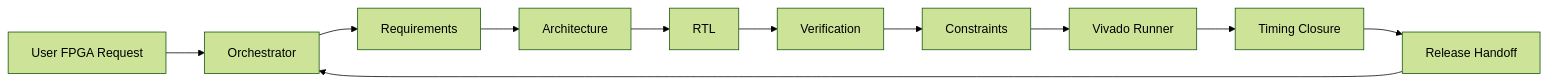
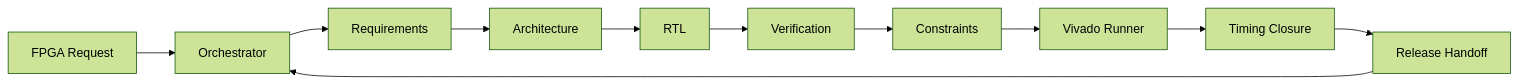
One commit to makabaka165/fpga-multi-agent-team changed the diagram in README.md. Above: the diagram before and after it, drawn with Mermaid (forest theme). The commit also changed other lines of this file and 6 other files, not shown here.

````diff
--- a/README.md
+++ b/README.md
@@ -37,13 +47,13 @@
 ```mermaid
 flowchart LR
-  U[User FPGA Request] --> O[Orchestrator]
+  U[FPGA Request] --> O[Orchestrator]
   O --> R[Requirements]
   R --> A[Architecture]
   A --> RTL[RTL]
   RTL --> V[Verification]
   V --> C[Constraints]
   C --> X[Vivado Runner]
   X --> T[Timing Closure]
   T --> H[Release Handoff]
   H --> O
 ```
````
